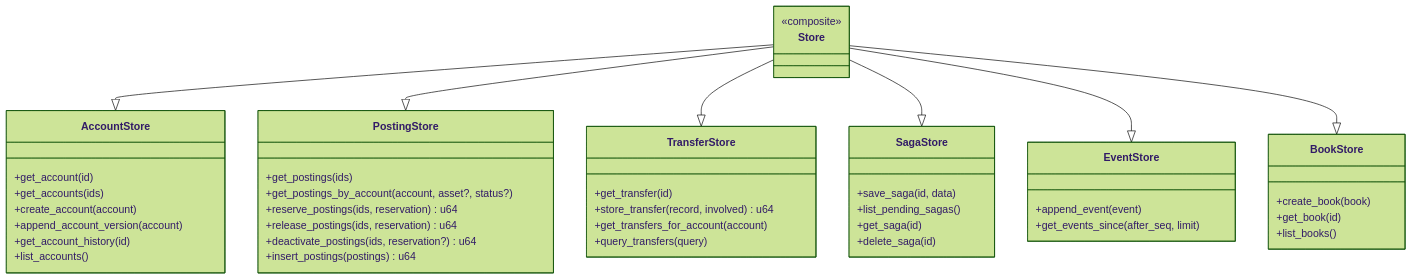
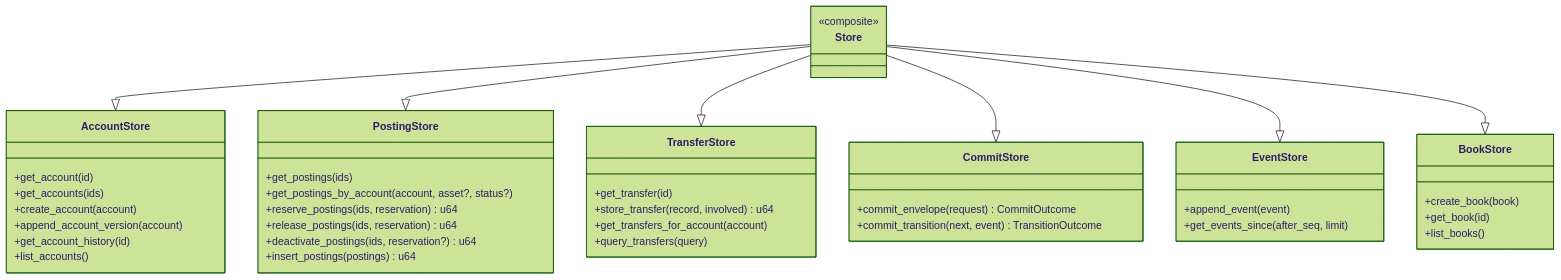
One commit to crodas/kuatia changed the second of 4 diagrams in doc/architecture.md. Above: the diagram before and after it, drawn with Mermaid (forest theme). The commit also changed other lines of this file and 39 other files, not shown here.

````diff
--- a/doc/architecture.md
+++ b/doc/architecture.md
@@ -59,49 +59,47 @@
 ```mermaid
 classDiagram
     class AccountStore {
         +get_account(id)
         +get_accounts(ids)
         +create_account(account)
         +append_account_version(account)
         +get_account_history(id)
         +list_accounts()
     }
     class PostingStore {
         +get_postings(ids)
         +get_postings_by_account(account, asset?, status?)
         +reserve_postings(ids, reservation) u64
         +release_postings(ids, reservation) u64
         +deactivate_postings(ids, reservation?) u64
         +insert_postings(postings) u64
     }
     class TransferStore {
         +get_transfer(id)
         +store_transfer(record, involved) u64
         +get_transfers_for_account(account)
         +query_transfers(query)
     }
-    class SagaStore {
-        +save_saga(id, data)
-        +list_pending_sagas()
-        +get_saga(id)
-        +delete_saga(id)
+    class CommitStore {
+        +commit_envelope(request) CommitOutcome
+        +commit_transition(next, event) TransitionOutcome
     }
     class EventStore {
         +append_event(event)
         +get_events_since(after_seq, limit)
     }
     class BookStore {
         +create_book(book)
         +get_book(id)
         +list_books()
     }
     class Store {
         <<composite>>
     }
     Store --|> AccountStore
     Store --|> PostingStore
     Store --|> TransferStore
-    Store --|> SagaStore
+    Store --|> CommitStore
     Store --|> EventStore
     Store --|> BookStore
 ```
````
